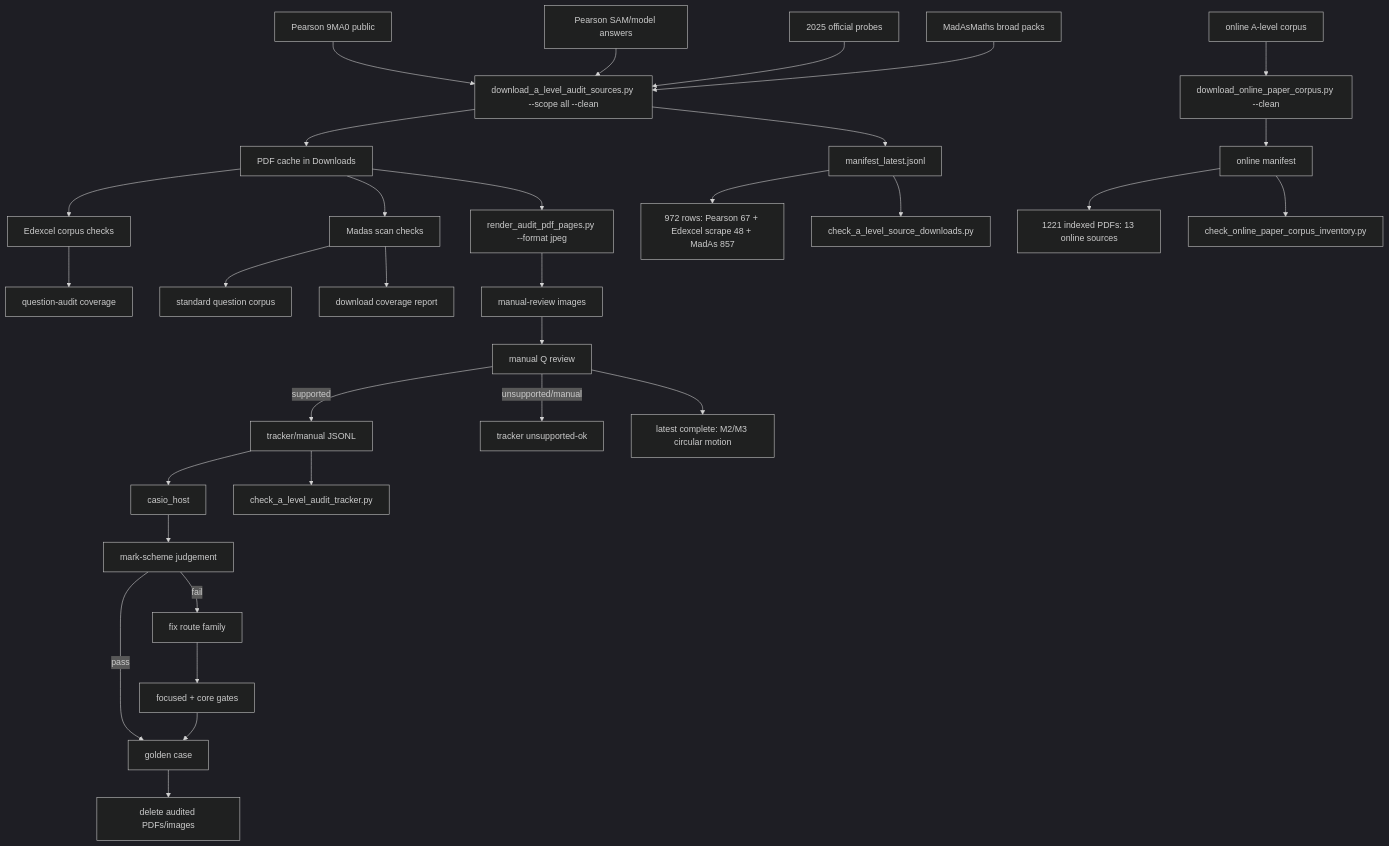
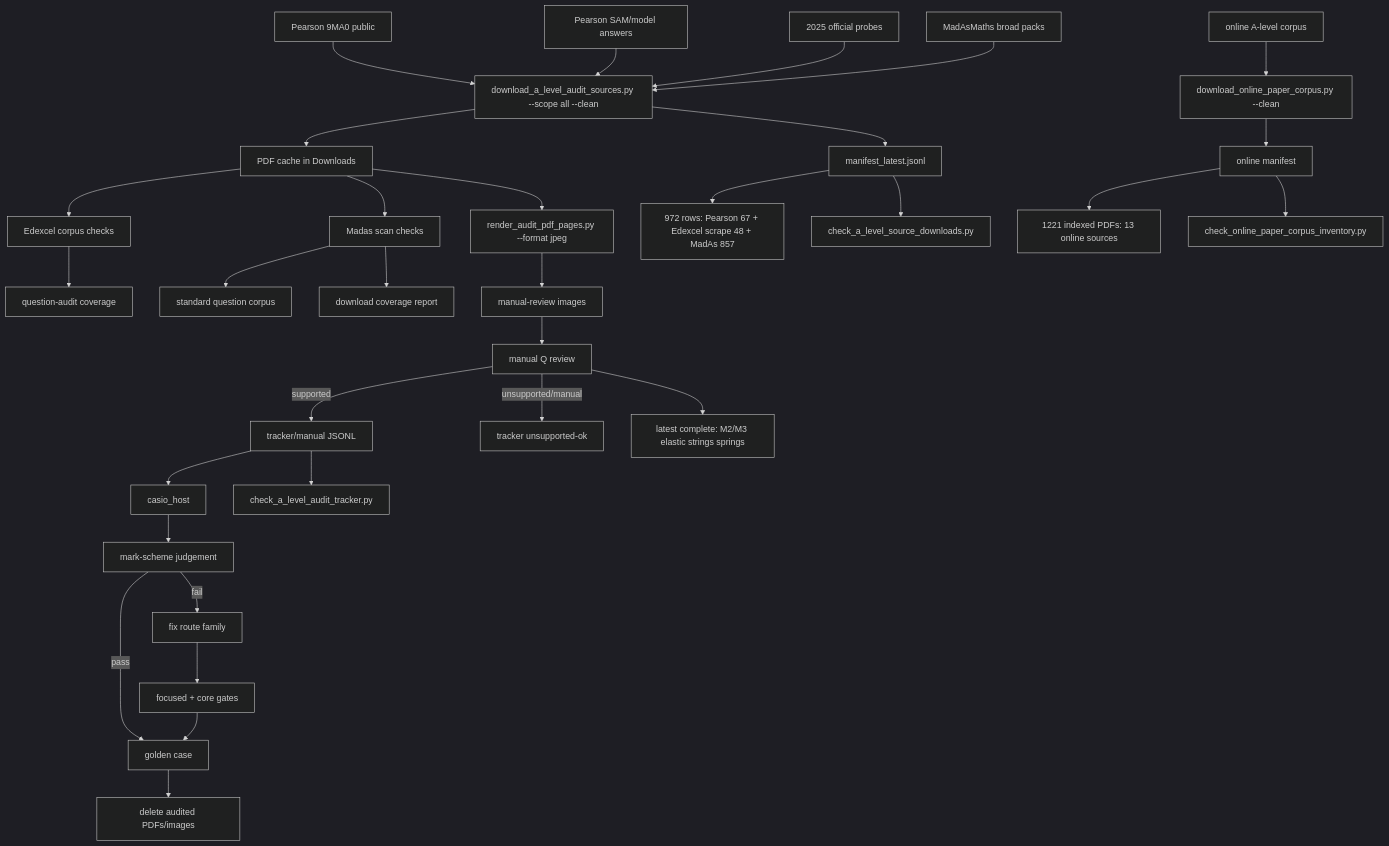
The diagram in c++/tools/golden/a_level_audit_graph.md (james8464/notes-addin-casio-fx-cg50), drawn with Mermaid (dark theme) before and after one commit. The commit also changed other lines of this file and 2 other files, not shown here.

Commit message:
Audit M2 M3 elastic strings booklet

````diff
--- a/c++/tools/golden/a_level_audit_graph.md
+++ b/c++/tools/golden/a_level_audit_graph.md
@@ -3,34 +3,34 @@
 ```mermaid
 graph TD
   E1["Pearson 9MA0 public"] --> D["download_a_level_audit_sources.py --scope all --clean"]
   E2["Pearson SAM/model answers"] --> D
   E3["2025 official probes"] --> D
   M1["MadAsMaths broad packs"] --> D
   O1["online A-level corpus"] --> OD["download_online_paper_corpus.py --clean"]
   D --> P["PDF cache in Downloads"]
   D --> X["manifest_latest.jsonl"]
   OD --> OX["online manifest"]
   X --> XC["972 rows: Pearson 67 + Edexcel scrape 48 + MadAs 857"]
   OX --> OC["1221 indexed PDFs: 13 online sources"]
   X --> V["check_a_level_source_downloads.py"]
   OX --> OV["check_online_paper_corpus_inventory.py"]
   P --> E["Edexcel corpus checks"]
   E --> EQ["question-audit coverage"]
   P --> S["Madas scan checks"]
   S --> M["standard question corpus"]
   S --> MC["download coverage report"]
   P --> R["render_audit_pdf_pages.py --format jpeg"]
   R --> I["manual-review images"]
   I --> Q["manual Q review"]
   Q -->|supported| J["tracker/manual JSONL"]
   Q -->|unsupported/manual| U["tracker unsupported-ok"]
   J --> H["casio_host"]
   J --> K["check_a_level_audit_tracker.py"]
   H --> C["mark-scheme judgement"]
   C -->|pass| G["golden case"]
   C -->|fail| F["fix route family"]
   F --> T["focused + core gates"]
   T --> G
   G --> Z["delete audited PDFs/images"]
-  Q --> Qt["latest complete: M2/M3 circular motion"]
+  Q --> Qt["latest complete: M2/M3 elastic strings springs"]
 ```
````
